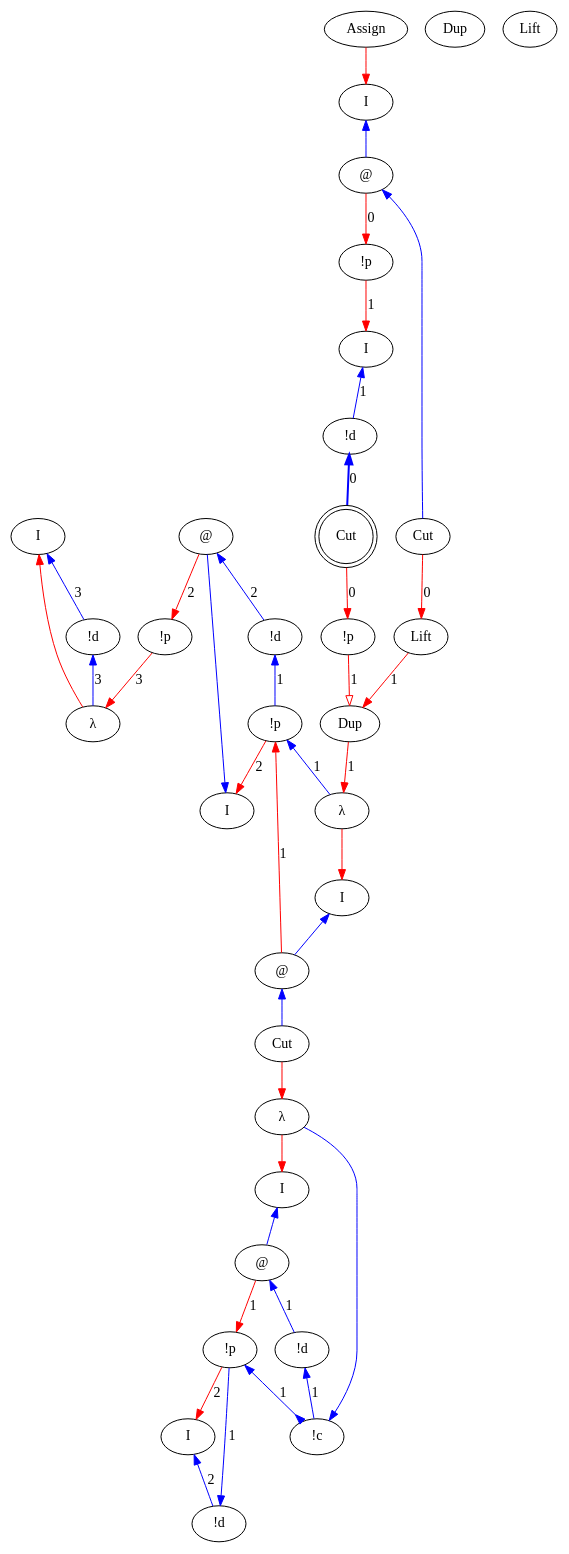
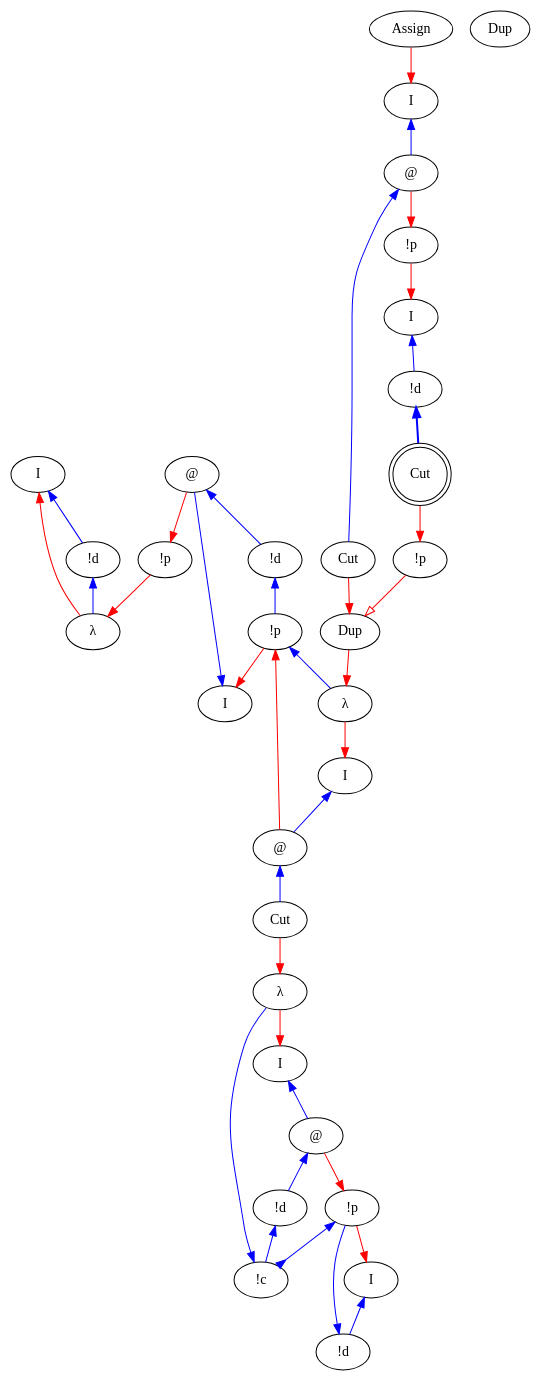
One commit to Mathnerd314/stroscot changed the diagram in src/core/graphs/example_m_8_l.dot. Above: the diagram before and after it, drawn with Graphviz. The commit also changed 88 other files, not shown here.

```diff
--- a/src/core/graphs/example_m_8_l.dot
+++ b/src/core/graphs/example_m_8_l.dot
@@ -1,73 +1,70 @@
 digraph {
 rankdir="TB"
 "I0" [label="I"]
 "!d1" [label="!d"]
 "λ2" [label="λ"]
 "!p3" [label="!p"]
 "I4" [label="I"]
 "@5" [label="@"]
 "!d6" [label="!d"]
 "!p7" [label="!p"]
 "I8" [label="I"]
 "@9" [label="@"]
 "I10" [label="I"]
 "!d11" [label="!d"]
 "!p12" [label="!p"]
 "I13" [label="I"]
 "@14" [label="@"]
 "!d15" [label="!d"]
 "!c16" [label="!c"]
 "λ17" [label="λ"]
 "Cut18" [label="Cut"]
 "λ19" [label="λ"]
 "I20" [label="I"]
 "!d21" [label="!d"]
 "I22" [label="I"]
 "@23" [label="@"]
 "Assign24" [label="Assign"]
 "Dup25" [label="Dup"]
 "Dup26" [label="Dup"]
 "Cut27" [label="Cut"]
-"Lift28" [label="Lift"]
-"Lift29" [label="Lift"]
+"!p28" [label="!p"]
+"Cut29" [label="Cut",shape=doublecircle]
 "!p30" [label="!p"]
-"Cut31" [label="Cut",shape=doublecircle]
-"!p32" [label="!p"]
-"!p7" -> "λ19"[color=blue,weight=1,tooltip="h34",label="1",arrowtail=normal,arrowhead=none,dir=both]
-"!d6" -> "!p7"[color=blue,weight=1,tooltip="hf65",label="1",arrowtail=normal,arrowhead=none,dir=both]
-"!d1" -> "λ2"[color=blue,weight=1,tooltip="i81",label="3",arrowtail=normal,arrowhead=none,dir=both]
-"I0" -> "!d1"[color=blue,weight=1,tooltip="iret84",label="3",arrowtail=normal,arrowhead=none,dir=both]
+"!p7" -> "λ19"[color=blue,weight=1,tooltip="h34",arrowtail=normal,arrowhead=none,dir=both]
+"!d6" -> "!p7"[color=blue,weight=1,tooltip="hf65",arrowtail=normal,arrowhead=none,dir=both]
+"!d1" -> "λ2"[color=blue,weight=1,tooltip="i81",arrowtail=normal,arrowhead=none,dir=both]
+"I0" -> "!d1"[color=blue,weight=1,tooltip="iret84",arrowtail=normal,arrowhead=none,dir=both]
 "I22" -> "@23"[color=blue,weight=1,tooltip="lret19",arrowtail=normal,arrowhead=none,dir=both]
 "I13" -> "@14"[color=blue,weight=1,tooltip="lret53",arrowtail=normal,arrowhead=none,dir=both]
 "I8" -> "@9"[color=blue,weight=1,tooltip="lret62",arrowtail=normal,arrowhead=none,dir=both]
 "I4" -> "@5"[color=blue,weight=1,tooltip="lret75",arrowtail=normal,arrowhead=none,dir=both]
 "@23" -> "Cut27"[color=blue,weight=1,tooltip="lval14",arrowtail=normal,arrowhead=none,dir=both]
 "@9" -> "Cut18"[color=blue,weight=1,tooltip="lval38",arrowtail=normal,arrowhead=none,dir=both]
-"@14" -> "!d15"[color=blue,weight=1,tooltip="lval48",label="1",arrowtail=normal,arrowhead=none,dir=both]
-"@5" -> "!d6"[color=blue,weight=1,tooltip="lval70",label="2",arrowtail=normal,arrowhead=none,dir=both]
-"@23" -> "!p32"[color=red,weight=2,tooltip="newrret18",label="0",arrowhead=normal,arrowtail=none,dir=both]
-"@14" -> "!p12"[color=red,weight=2,tooltip="newrret52",label="1",arrowhead=normal,arrowtail=none,dir=both]
-"@9" -> "!p7"[color=red,weight=2,tooltip="newrret61",label="1",arrowhead=normal,arrowtail=none,dir=both]
-"@5" -> "!p3"[color=red,weight=2,tooltip="newrret74",label="2",arrowhead=normal,arrowtail=none,dir=both]
-"Cut31" -> "!p30"[color=red,weight=2,tooltip="newrret93",label="0",arrowhead=normal,arrowtail=none,dir=both]
-"!p32" -> "I20"[color=red,weight=2,tooltip="newrretf23",label="1",arrowhead=normal,arrowtail=none,dir=both]
-"Dup26" -> "λ19"[color=red,weight=2,tooltip="newrretf31",label="1",arrowhead=normal,arrowtail=none,dir=both]
-"!p12" -> "I10"[color=red,weight=2,tooltip="newrretf57",label="2",arrowhead=normal,arrowtail=none,dir=both]
-"!p7" -> "I4"[color=red,weight=2,tooltip="newrretf66",label="2",arrowhead=normal,arrowtail=none,dir=both]
-"!p3" -> "λ2"[color=red,weight=2,tooltip="newrretf78",label="3",arrowhead=normal,arrowtail=none,dir=both]
-"Lift29" -> "Dup26"[color=red,weight=2,tooltip="newrretf87",label="1",arrowhead=normal,arrowtail=none,dir=both]
-"!p30" -> "Dup26"[color=red,weight=2,tooltip="newrretf91",label="1",arrowhead=onormal,arrowtail=none,dir=both]
+"@14" -> "!d15"[color=blue,weight=1,tooltip="lval48",arrowtail=normal,arrowhead=none,dir=both]
+"@5" -> "!d6"[color=blue,weight=1,tooltip="lval70",arrowtail=normal,arrowhead=none,dir=both]
+"@23" -> "!p30"[color=red,weight=2,tooltip="newrret18",arrowhead=normal,arrowtail=none,dir=both]
+"@14" -> "!p12"[color=red,weight=2,tooltip="newrret52",arrowhead=normal,arrowtail=none,dir=both]
+"@9" -> "!p7"[color=red,weight=2,tooltip="newrret61",arrowhead=normal,arrowtail=none,dir=both]
+"@5" -> "!p3"[color=red,weight=2,tooltip="newrret74",arrowhead=normal,arrowtail=none,dir=both]
+"Cut29" -> "!p28"[color=red,weight=2,tooltip="newrret93",arrowhead=normal,arrowtail=none,dir=both]
+"!p30" -> "I20"[color=red,weight=2,tooltip="newrretf23",arrowhead=normal,arrowtail=none,dir=both]
+"Dup26" -> "λ19"[color=red,weight=2,tooltip="newrretf31",arrowhead=normal,arrowtail=none,dir=both]
+"!p12" -> "I10"[color=red,weight=2,tooltip="newrretf57",arrowhead=normal,arrowtail=none,dir=both]
+"!p7" -> "I4"[color=red,weight=2,tooltip="newrretf66",arrowhead=normal,arrowtail=none,dir=both]
+"!p3" -> "λ2"[color=red,weight=2,tooltip="newrretf78",arrowhead=normal,arrowtail=none,dir=both]
+"Cut27" -> "Dup26"[color=red,weight=2,tooltip="newrretf87",arrowhead=normal,arrowtail=none,dir=both]
+"!p28" -> "Dup26"[color=red,weight=2,tooltip="newrretf91",arrowhead=onormal,arrowtail=none,dir=both]
 "λ19" -> "I8"[color=red,weight=2,tooltip="ret35",arrowhead=normal,arrowtail=none,dir=both]
 "λ17" -> "I13"[color=red,weight=2,tooltip="ret42",arrowhead=normal,arrowtail=none,dir=both]
 "Assign24" -> "I22"[color=red,weight=2,tooltip="ret8",arrowhead=normal,arrowtail=none,dir=both]
 "λ2" -> "I0"[color=red,weight=2,tooltip="ret82",arrowhead=normal,arrowtail=none,dir=both]
 "Cut18" -> "λ17"[color=red,weight=2,tooltip="rval39",arrowhead=normal,arrowtail=none,dir=both]
-"Cut27" -> "Lift29"[color=red,weight=2,tooltip="seqDM96",label="0",arrowhead=normal,arrowtail=none,dir=both]
-"!d21" -> "Cut31"[color=blue,weight=1,tooltip="xBf22",label="0",arrowtail=normal,arrowhead=none,penwidth=2,dir=both]
-"I20" -> "!d21"[color=blue,weight=1,tooltip="xret26",label="1",arrowtail=normal,arrowhead=none,dir=both]
+"!d21" -> "Cut29"[color=blue,weight=1,tooltip="xBf22",arrowtail=normal,arrowhead=none,penwidth=2,dir=both]
+"I20" -> "!d21"[color=blue,weight=1,tooltip="xret26",arrowtail=normal,arrowhead=none,dir=both]
 "!c16" -> "λ17"[color=blue,weight=1,tooltip="y41",arrowtail=normal,arrowhead=none,dir=both]
-"!d15" -> "!c16"[color=blue,weight=1,tooltip="yA43",label="1",arrowtail=normal,arrowhead=none,dir=both]
-"!p12" -> "!c16"[color=blue,weight=1,tooltip="yB44",label="1",arrowtail=normal,arrowhead=inv,dir=both]
-"!d11" -> "!p12"[color=blue,weight=1,tooltip="yBf56",label="1",arrowtail=normal,arrowhead=none,dir=both]
-"I10" -> "!d11"[color=blue,weight=1,tooltip="yret60",label="2",arrowtail=normal,arrowhead=none,dir=both]
+"!d15" -> "!c16"[color=blue,weight=1,tooltip="yA43",arrowtail=normal,arrowhead=none,dir=both]
+"!p12" -> "!c16"[color=blue,weight=1,tooltip="yB44",arrowtail=normal,arrowhead=inv,dir=both]
+"!d11" -> "!p12"[color=blue,weight=1,tooltip="yBf56",arrowtail=normal,arrowhead=none,dir=both]
+"I10" -> "!d11"[color=blue,weight=1,tooltip="yret60",arrowtail=normal,arrowhead=none,dir=both]
 }
```
